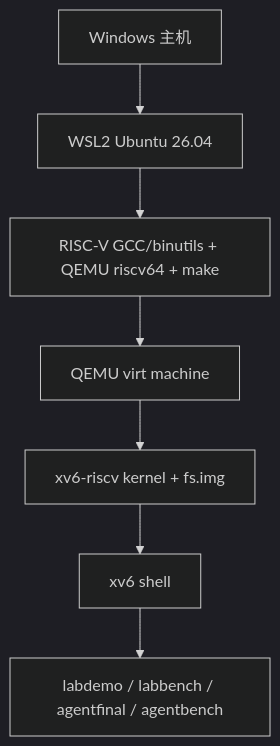
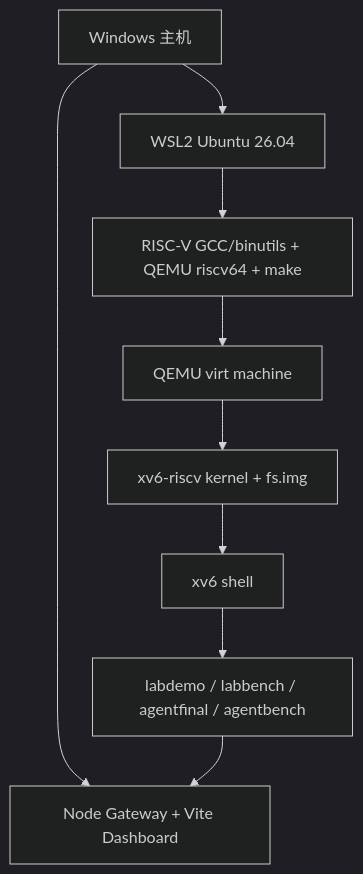
The seventh of 7 diagrams in docs/design.md (yushugulao/Agent-OS), drawn with Mermaid (dark theme) before and after one commit. The commit also changed other lines of this file and 31 other files, not shown here.

Commit message:
feat: promote kang host dashboard to main

````diff
--- a/docs/design.md
+++ b/docs/design.md
@@ -210,11 +215,14 @@
 ```mermaid
 flowchart TB
     Host["Windows 主机"]
+    HostDash["Node Gateway + Vite Dashboard"]
     WSL["WSL2 Ubuntu 26.04"]
     Toolchain["RISC-V GCC/binutils + QEMU riscv64 + make"]
     QEMU["QEMU virt machine"]
     XV6["xv6-riscv kernel + fs.img"]
     Shell["xv6 shell"]
     Tests["labdemo / labbench / agentfinal / agentbench"]
+    Host --> HostDash
     Host --> WSL --> Toolchain --> QEMU --> XV6 --> Shell --> Tests
+    Tests --> HostDash
 ```
````
